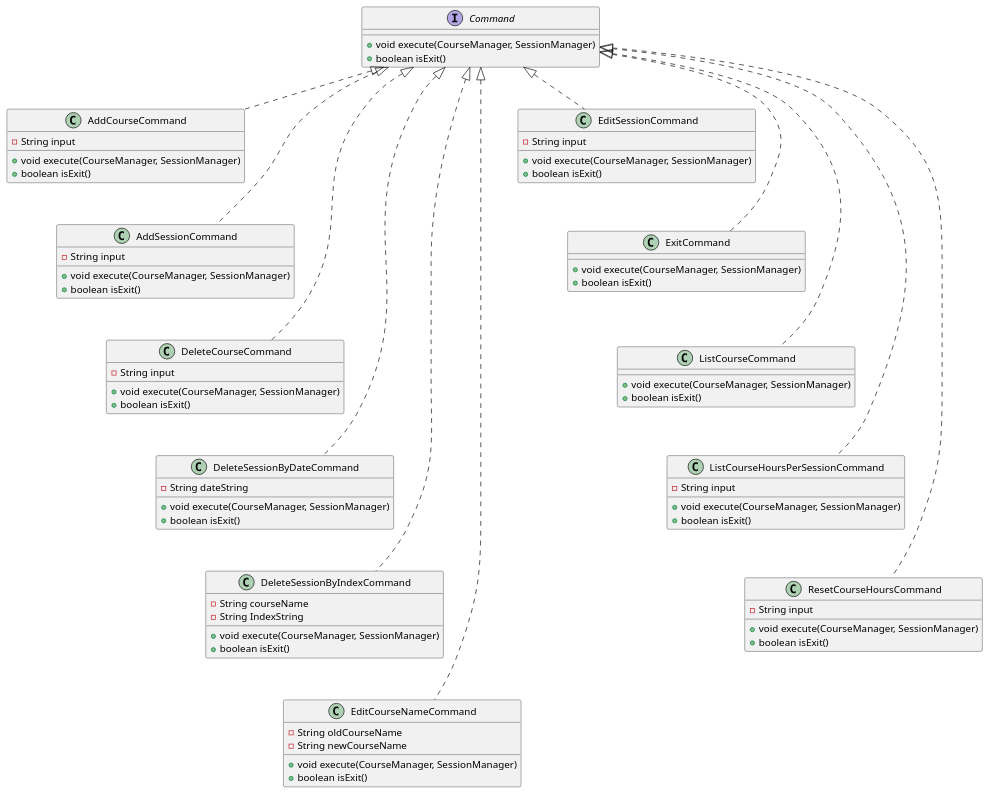
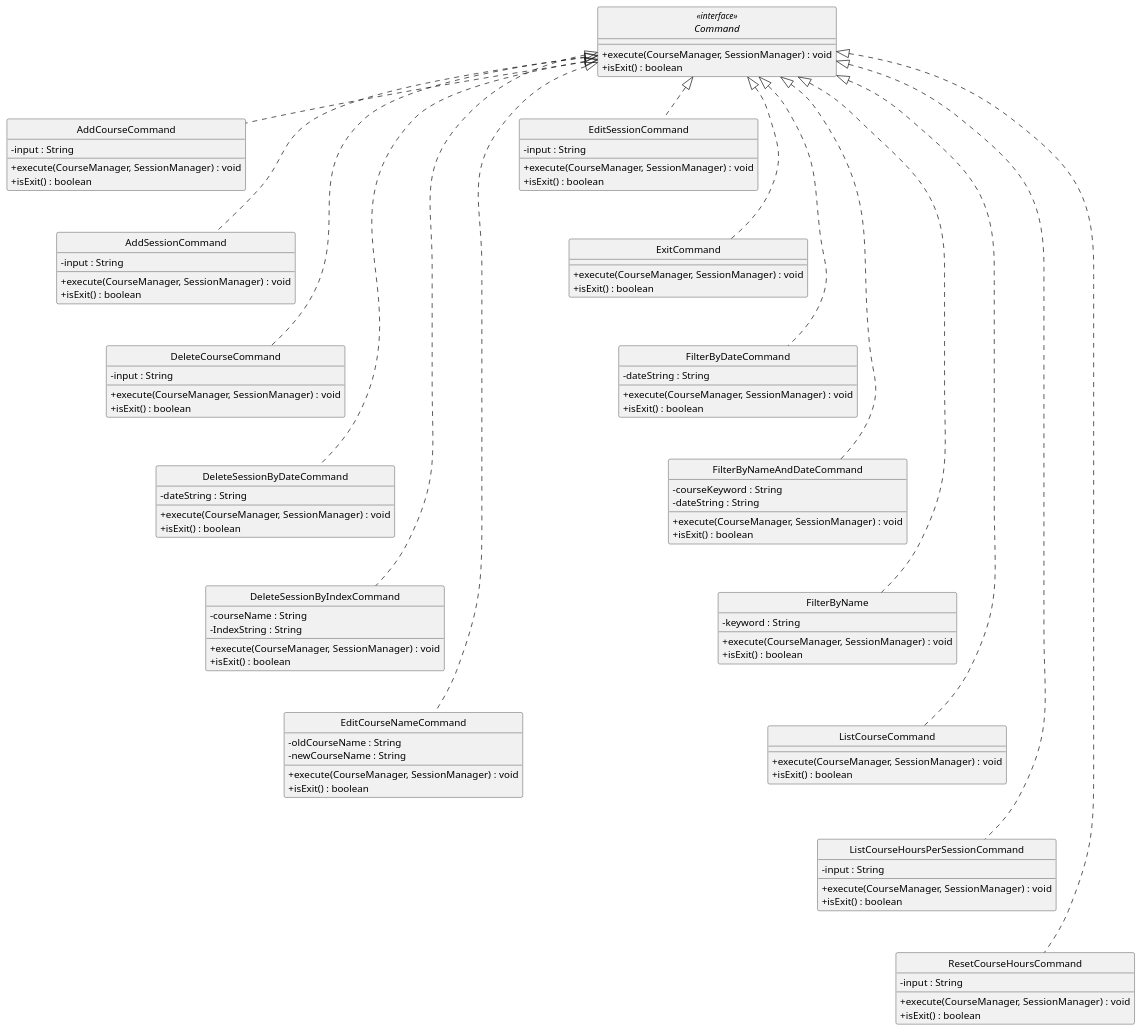
The diagram in docs/diagrams/CommandClassDiagram.puml (t-kandasami/tp), drawn with PlantUML before and after one commit. The commit also changed 3 other files, not shown here.

Commit message:
docs: Update class diagram to match course requirement

```diff
--- a/docs/diagrams/CommandClassDiagram.puml
+++ b/docs/diagrams/CommandClassDiagram.puml
@@ -1,100 +1,127 @@
 @startuml
 'https://plantuml.com/class-diagram
+skinparam ClassAttributeIconSize 0
+hide circle
 
-interface Command {
-    + void execute(CourseManager, SessionManager)
-    + boolean isExit()
+interface Command <<interface>> {
+    + execute(CourseManager, SessionManager) : void
+    + isExit() : boolean
 }
 
 class AddCourseCommand {
-    - String input
-    + void execute(CourseManager, SessionManager)
-    + boolean isExit()
+    - input : String
+    + execute(CourseManager, SessionManager) : void
+    + isExit() : boolean
 }
 
 class AddSessionCommand {
-    - String input
-    + void execute(CourseManager, SessionManager)
-    + boolean isExit()
+    - input : String
+    + execute(CourseManager, SessionManager) : void
+    + isExit() : boolean
 }
 
 class DeleteCourseCommand {
-    - String input
-    + void execute(CourseManager, SessionManager)
-    + boolean isExit()
+    - input : String
+    + execute(CourseManager, SessionManager) : void
+    + isExit() : boolean
 }
 
 class DeleteSessionByDateCommand {
-    - String dateString
-    + void execute(CourseManager, SessionManager)
-    + boolean isExit()
+    - dateString : String
+    + execute(CourseManager, SessionManager) : void
+    + isExit() : boolean
 }
 
 class DeleteSessionByIndexCommand {
-    - String courseName
-    - String IndexString
-    + void execute(CourseManager, SessionManager)
-    + boolean isExit()
+    - courseName : String
+    - IndexString : String
+    + execute(CourseManager, SessionManager) : void
+    + isExit() : boolean
 }
 
 class EditCourseNameCommand {
-    - String oldCourseName
-    - String newCourseName
-    + void execute(CourseManager, SessionManager)
-    + boolean isExit()
+    - oldCourseName : String
+    - newCourseName : String
+    + execute(CourseManager, SessionManager) : void
+    + isExit() : boolean
 }
 
 class EditSessionCommand {
-    - String input
-    + void execute(CourseManager, SessionManager)
-    + boolean isExit()
+    - input : String
+    + execute(CourseManager, SessionManager) : void
+    + isExit() : boolean
 }
 
 class ExitCommand {
-    + void execute(CourseManager, SessionManager)
-    + boolean isExit()
+    + execute(CourseManager, SessionManager) : void
+    + isExit() : boolean
+}
+
+class FilterByDateCommand {
+    - dateString : String
+    + execute(CourseManager, SessionManager) : void
+    + isExit() : boolean
+}
+
+class FilterByNameAndDateCommand {
+    - courseKeyword : String
+    - dateString : String
+    + execute(CourseManager, SessionManager) : void
+    + isExit() : boolean
+}
+
+class FilterByName {
+    - keyword : String
+    + execute(CourseManager, SessionManager) : void
+    + isExit() : boolean
 }
 
 class ListCourseCommand {
-    + void execute(CourseManager, SessionManager)
-    + boolean isExit()
+    + execute(CourseManager, SessionManager) : void
+    + isExit() : boolean
 }
 
 class ListCourseHoursPerSessionCommand {
-    - String input
-    + void execute(CourseManager, SessionManager)
-    + boolean isExit()
+    - input : String
+    + execute(CourseManager, SessionManager) : void
+    + isExit() : boolean
 }
 
 class ResetCourseHoursCommand {
-    - String input
-    + void execute(CourseManager, SessionManager)
-    + boolean isExit()
+    - input : String
+    + execute(CourseManager, SessionManager) : void
+    + isExit() : boolean
 }
 
 AddCourseCommand -[hidden]down- AddSessionCommand
 AddSessionCommand -[hidden]down- DeleteCourseCommand
 DeleteCourseCommand -[hidden]down- DeleteSessionByDateCommand
 DeleteSessionByDateCommand -[hidden]down- DeleteSessionByIndexCommand
 DeleteSessionByIndexCommand -[hidden]down- EditCourseNameCommand
 
 EditSessionCommand -[hidden]down- ExitCommand
-ExitCommand -[hidden]down- ListCourseCommand
+ExitCommand -[hidden]down- FilterByDateCommand
+FilterByDateCommand -[hidden]down- FilterByNameAndDateCommand
+FilterByNameAndDateCommand -[hidden]down- FilterByName
+FilterByName -[hidden]down- ListCourseCommand
 ListCourseCommand -[hidden]down- ListCourseHoursPerSessionCommand
 ListCourseHoursPerSessionCommand -[hidden]down- ResetCourseHoursCommand
 
 AddCourseCommand .up.|> Command
 AddSessionCommand .up.|> Command
 DeleteCourseCommand .up.|> Command
 DeleteSessionByDateCommand .up.|> Command
 DeleteSessionByIndexCommand .up.|> Command
 EditCourseNameCommand .up.|> Command
 
 EditSessionCommand .up.|> Command
 ExitCommand .up.|> Command
+FilterByDateCommand .up.|> Command
+FilterByNameAndDateCommand .up.|> Command
+FilterByName .up.|> Command
 ListCourseCommand .up.|> Command
 ListCourseHoursPerSessionCommand .up.|> Command
 ResetCourseHoursCommand .up.|> Command
 
 
 @enduml
```
